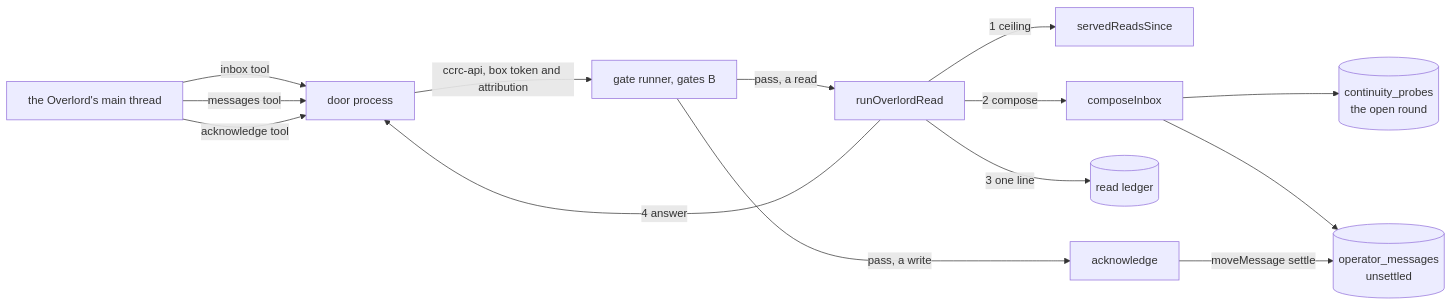
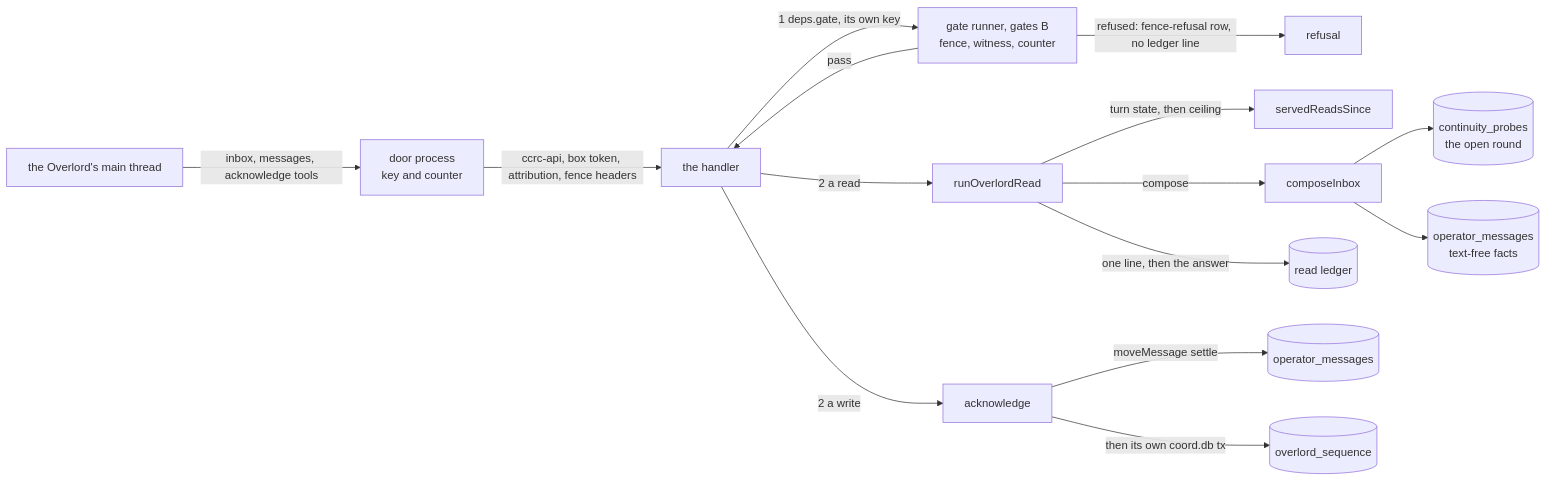
Before and after one commit to Synapsium-Labs/ccrc-pwa: the first of 2 diagrams in docs/superpowers/plans/2026-11-14-overlord-w1/w1-inbox.md, drawn with Mermaid. The commit also changed other lines of this file, not shown here.

First line of the commit message:
docs(plan): the Overlord W1, Inbox and reads: fix round 1

````diff
--- a/docs/superpowers/plans/2026-11-14-overlord-w1/w1-inbox.md
+++ b/docs/superpowers/plans/2026-11-14-overlord-w1/w1-inbox.md
@@ -50,16 +53,17 @@
 ```mermaid
 flowchart LR
-  OV["the Overlord's main thread"] -->|"inbox tool"| DP["door process"]
-  OV -->|"messages tool"| DP
-  OV -->|"acknowledge tool"| DP
-  DP -->|"ccrc-api, box token and attribution"| G["gate runner, gates B"]
-  G -->|"pass, a read"| RR["runOverlordRead"]
-  RR -->|"1 ceiling"| CNT["servedReadsSince"]
-  RR -->|"2 compose"| INB["composeInbox"]
+  OV["the Overlord's main thread"] -->|"inbox, messages, acknowledge tools"| DP["door process<br/>key and counter"]
+  DP -->|"ccrc-api, box token, attribution, fence headers"| H["the handler"]
+  H -->|"1 deps.gate, its own key"| G["gate runner, gates B<br/>fence, witness, counter"]
+  G -->|"refused: fence-refusal row, no ledger line"| X["refusal"]
+  G -->|"pass"| H
+  H -->|"2 a read"| RR["runOverlordRead"]
+  RR -->|"turn state, then ceiling"| CNT["servedReadsSince"]
+  RR -->|"compose"| INB["composeInbox"]
   INB --> PR[("continuity_probes<br/>the open round")]
-  INB --> OM[("operator_messages<br/>unsettled")]
-  RR -->|"3 one line"| RL[("read ledger")]
-  RR -->|"4 answer"| DP
-  G -->|"pass, a write"| ACK["acknowledge"]
-  ACK -->|"moveMessage settle"| OM
+  INB --> OF[("operator_messages<br/>text-free facts")]
+  RR -->|"one line, then the answer"| RL[("read ledger")]
+  H -->|"2 a write"| ACK["acknowledge"]
+  ACK -->|"moveMessage settle"| OM[("operator_messages")]
+  ACK -->|"then its own coord.db tx"| SQ[("overlord_sequence")]
 ```
````
